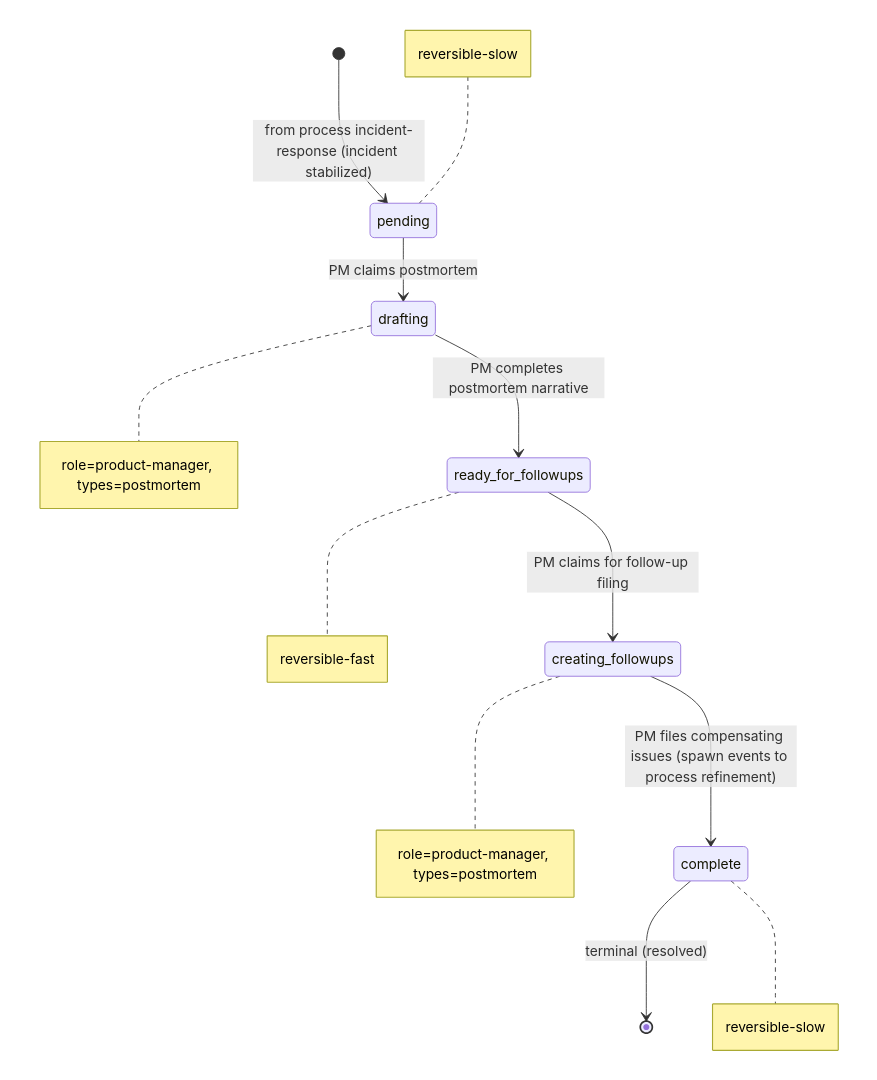
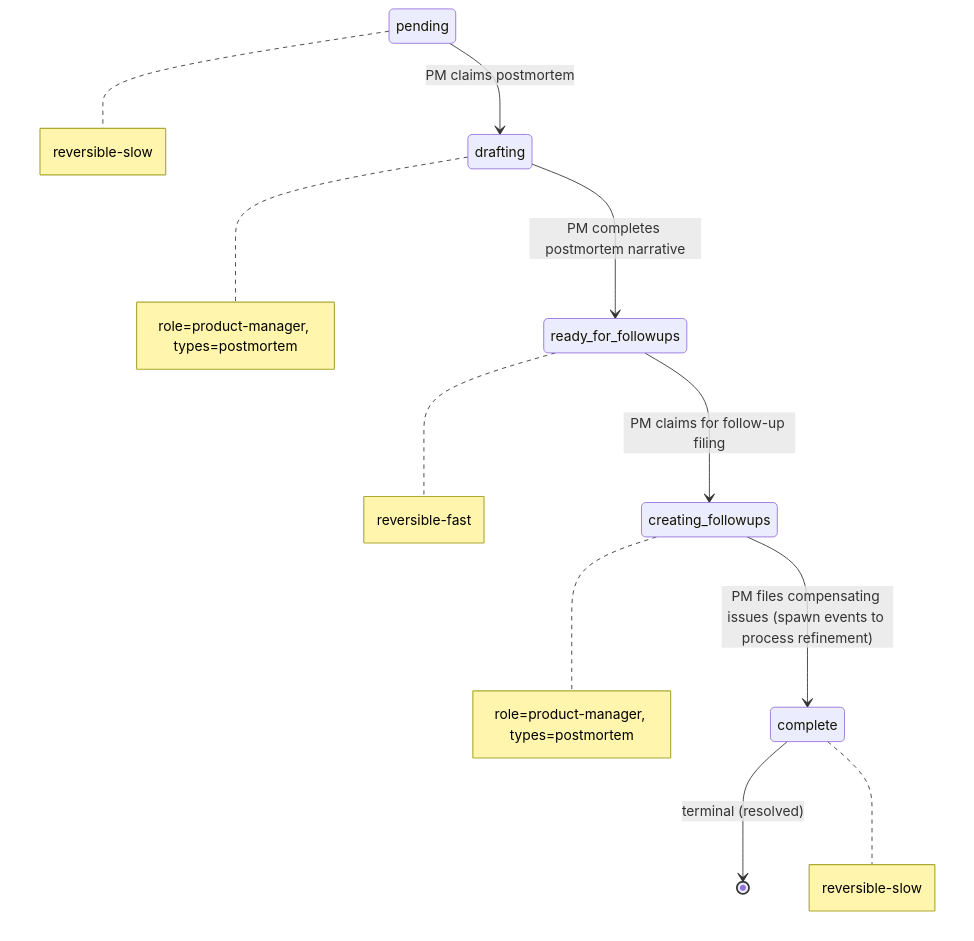
The diagram in examples/workflows/postmortem.md (blemees/blemees-workflow), drawn with Mermaid before and after one commit. The commit also changed other lines of this file and 47 other files, not shown here.

````diff
--- a/examples/workflows/postmortem.md
+++ b/examples/workflows/postmortem.md
@@ -11,19 +11,14 @@
 ```mermaid
 stateDiagram-v2
-    %% Cross-process interfaces:
-    %%   Entry (spawn ): pending from process incident-response
-    %%
-
-    [*] --> pending: from process incident-response (incident stabilized)
     pending --> drafting: PM claims postmortem
     drafting --> ready_for_followups: PM completes postmortem narrative
     ready_for_followups --> creating_followups: PM claims for follow-up filing
     creating_followups --> complete: PM files compensating issues (spawn events to process refinement)
     complete --> [*]: terminal (resolved)
 
-    note left of pending: reversible-slow
+    note right of pending: reversible-slow
     note right of drafting: role=product-manager, types=postmortem
     note right of ready_for_followups: reversible-fast
     note right of creating_followups: role=product-manager, types=postmortem
     note right of complete: reversible-slow
 ```
````
